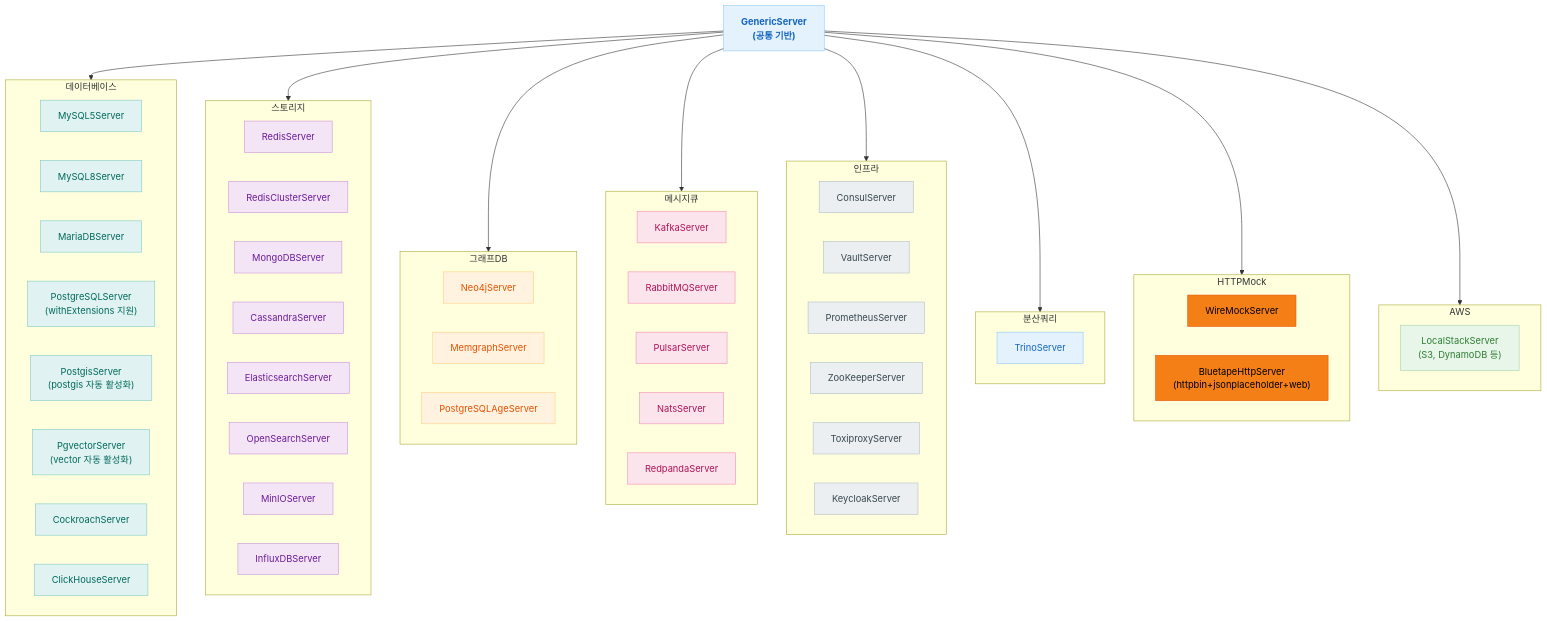
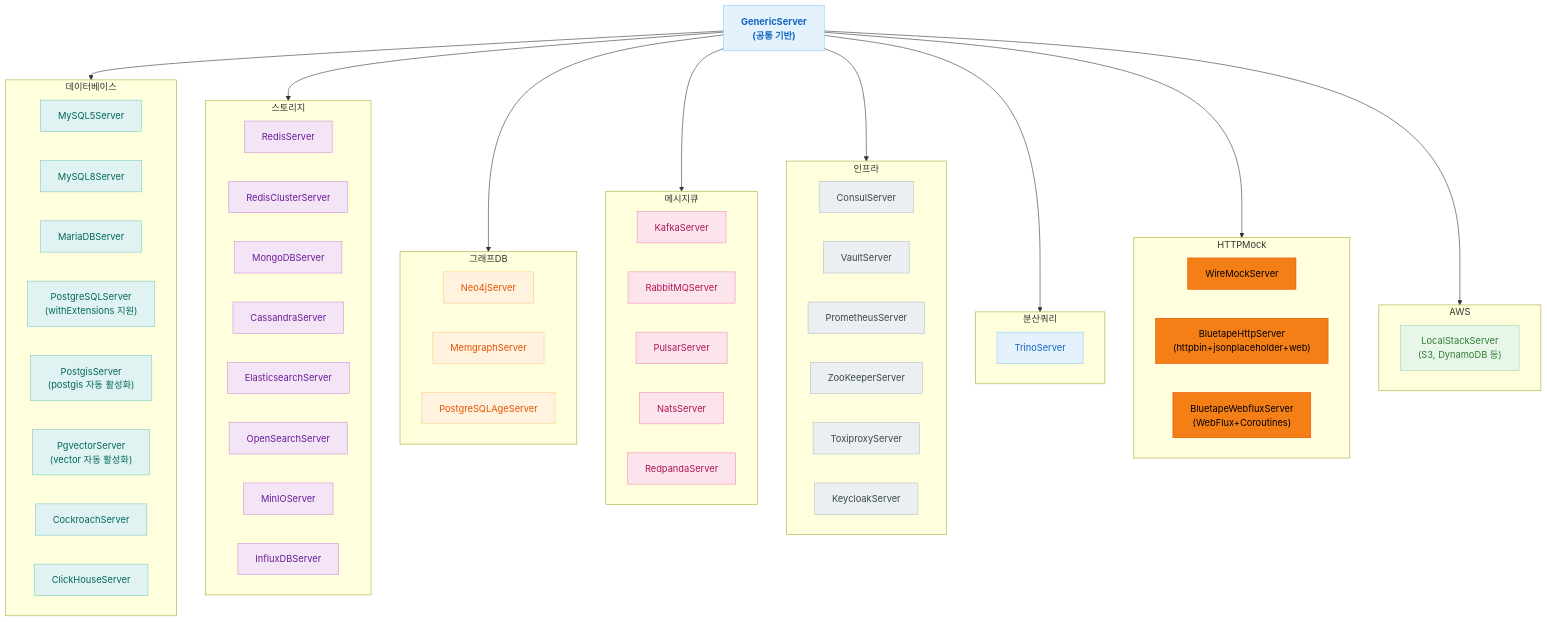
Before and after one commit to bluetape4k/bluetape4k-projects: the third of 4 diagrams in testing/testcontainers/README.ko.md, drawn with Mermaid. The commit also changed other lines of this file and 1 other file, not shown here.

First line of the commit message:
docs: testcontainers README에 BluetapeWebfluxServer 문서 추가

````diff
--- a/testing/testcontainers/README.ko.md
+++ b/testing/testcontainers/README.ko.md
@@ -156,6 +164,7 @@
     subgraph HTTPMock
         WM["WireMockServer"]
         BHS["BluetapeHttpServer\n(httpbin+jsonplaceholder+web)"]
+        BWS["BluetapeWebfluxServer\n(WebFlux+Coroutines)"]
     end
 
     subgraph AWS
@@ -188,6 +197,6 @@
     class KF,RB,PL,NT,RP mqStyle
     class CN,VT,PR,ZK,TX,KC infraStyle
     class TR sqlStyle
-    class WM,BHS mockStyle
+    class WM,BHS,BWS mockStyle
     class LS awsStyle
 ```
````
